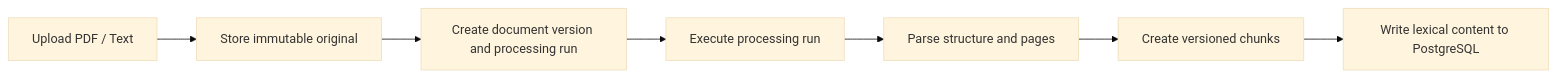
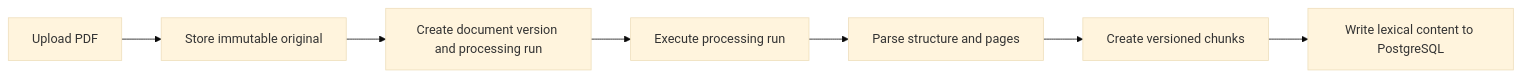
The sixth of 12 diagrams in docs/07-m0-0-architecture-flows.md (rnkraus/investment-research), drawn with Mermaid (base theme) before and after one commit. The commit also changed other lines of this file, not shown here.

Commit message:
docs: align M0.0 ingestion flow with PDF scope

````diff
--- a/docs/07-m0-0-architecture-flows.md
+++ b/docs/07-m0-0-architecture-flows.md
@@ -126,9 +126,9 @@
 ```mermaid
 flowchart LR
-    A[Upload PDF / Text] --> B[Store immutable original]
+    A[Upload PDF] --> B[Store immutable original]
     B --> C[Create document version and processing run]
     C --> D[Execute processing run]
     D --> E[Parse structure and pages]
     E --> F[Create versioned chunks]
     F --> G[Write lexical content to PostgreSQL]
 ```
````
